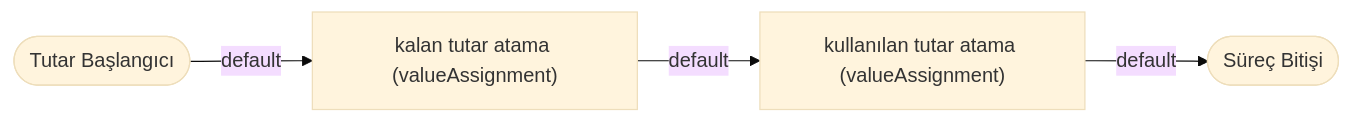
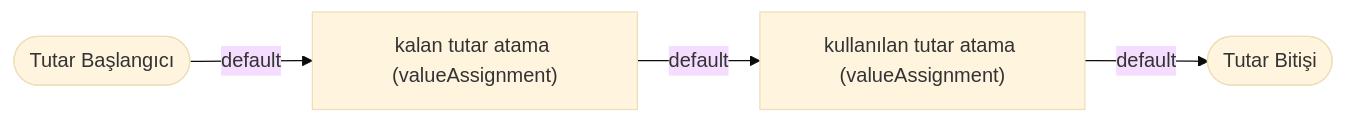
The second of 2 diagrams in bpmEngine/sampleProcess/expenseAndCreditCard/creditCardStatement.md (hiveteamsai/flovo-bpm-doc), drawn with Mermaid (base theme) before and after one commit. The commit also changed other lines of this file and 51 other files, not shown here.

````diff
--- a/bpmEngine/sampleProcess/expenseAndCreditCard/creditCardStatement.md
+++ b/bpmEngine/sampleProcess/expenseAndCreditCard/creditCardStatement.md
@@ -24,11 +24,11 @@
 ```mermaid
 flowchart LR
   s(["Tutar Başlangıcı"])
   a1["kalan tutar atama (valueAssignment)"]
   a2["kullanılan tutar atama (valueAssignment)"]
-  son(["Süreç Bitişi"])
+  son(["Tutar Bitişi"])
 
   s -->|"default"| a1
   a1 -->|"default"| a2
   a2 -->|"default"| son
 ```
````
